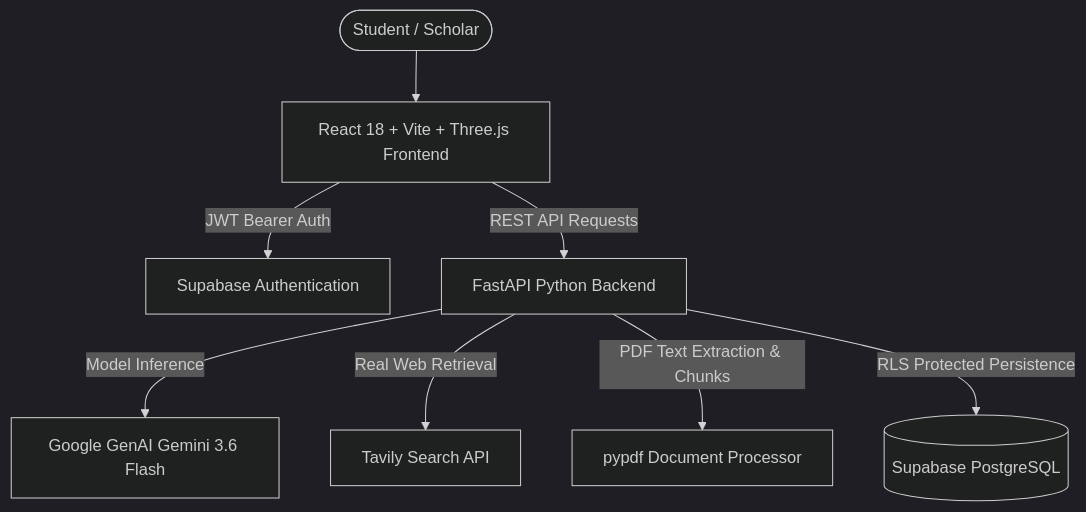
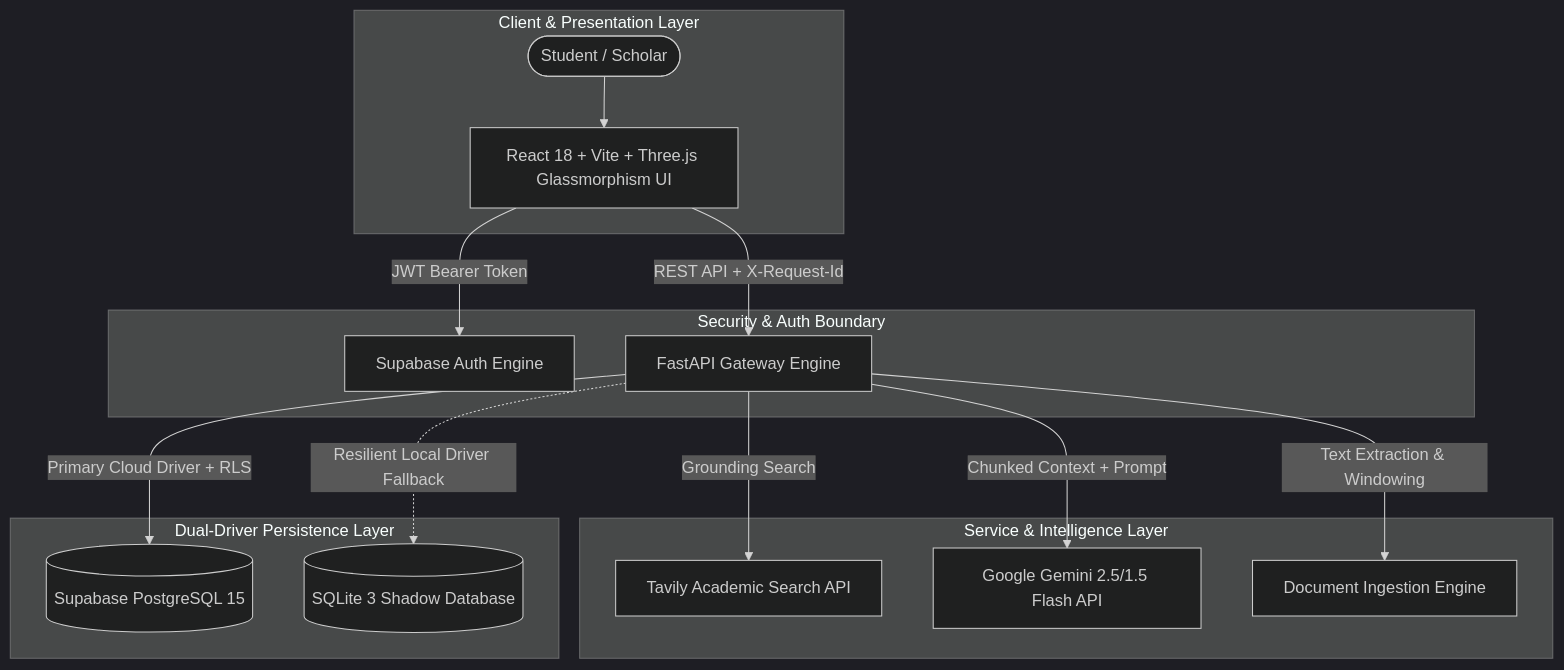
Before and after one commit to Ashish10102006/ai-study-assistant: the first of 2 diagrams in README.md, drawn with Mermaid (dark theme). The commit also changed other lines of this file and 28 other files, not shown here.

````diff
--- a/README.md
+++ b/README.md
@@ -11,11 +13,22 @@
 ```mermaid
 graph TD
-    User([Student / Scholar]) --> Frontend[React 18 + Vite + Three.js Frontend]
-    Frontend -->|JWT Bearer Auth| SupabaseAuth[Supabase Authentication]
-    Frontend -->|REST API Requests| Backend[FastAPI Python Backend]
-    
-    Backend -->|Model Inference| Gemini[Google GenAI Gemini 3.6 Flash]
-    Backend -->|Real Web Retrieval| Tavily[Tavily Search API]
-    Backend -->|PDF Text Extraction & Chunks| PyPDF[pypdf Document Processor]
-    Backend -->|RLS Protected Persistence| SupabaseDB[(Supabase PostgreSQL)]
+    subgraph ClientLayer [Client & Presentation Layer]
+        User([Student / Scholar]) --> WebApp[React 18 + Vite + Three.js Glassmorphism UI]
+    end
+
+    subgraph SecurityBoundary [Security & Auth Boundary]
+        WebApp -->|JWT Bearer Token| SupabaseAuth[Supabase Auth Engine]
+        WebApp -->|REST API + X-Request-Id| APIGateway[FastAPI Gateway Engine]
+    end
+
+    subgraph ServiceLayer [Service & Intelligence Layer]
+        APIGateway -->|Grounding Search| TavilyService[Tavily Academic Search API]
+        APIGateway -->|Chunked Context + Prompt| GeminiService[Google Gemini 2.5/1.5 Flash API]
+        APIGateway -->|Text Extraction & Windowing| DocProcessor[Document Ingestion Engine]
+    end
+
+    subgraph PersistenceLayer [Dual-Driver Persistence Layer]
+        APIGateway -->|Primary Cloud Driver + RLS| SupabaseDB[(Supabase PostgreSQL 15)]
+        APIGateway -.->|Resilient Local Driver Fallback| LocalDB[(SQLite 3 Shadow Database)]
+    end
 ```
````
